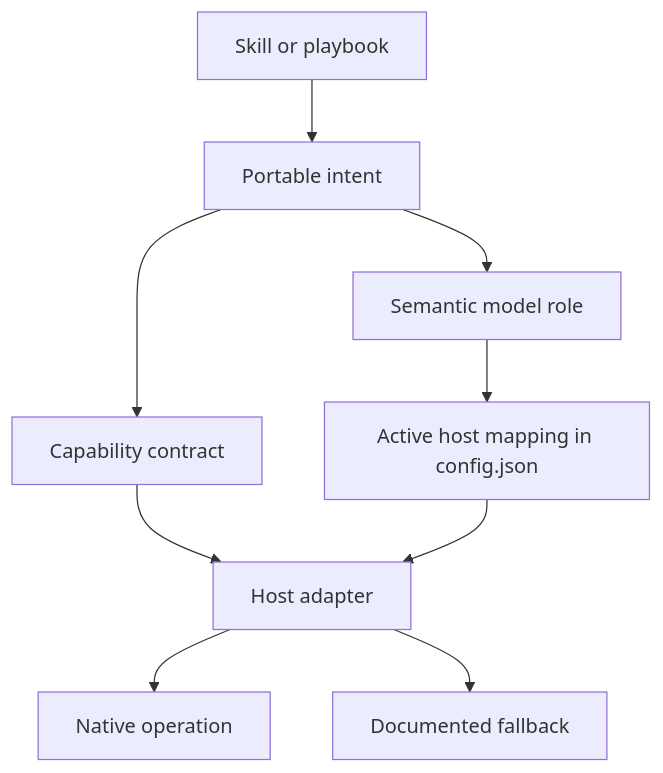
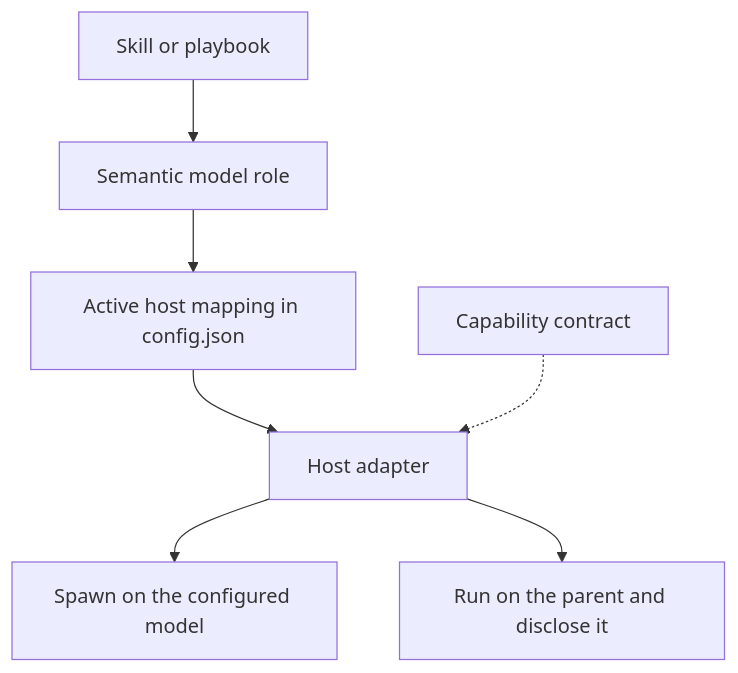
One commit to dimitriskourg/dstack changed the first of 2 diagrams in docs/guide/02-how-dstack-works.md. Above: the diagram before and after it, drawn with Mermaid. The commit also changed other lines of this file and 4 other files, not shown here.

````diff
--- a/docs/guide/02-how-dstack-works.md
+++ b/docs/guide/02-how-dstack-works.md
@@ -7,11 +7,9 @@
 ```mermaid
 flowchart TD
-    S["Skill or playbook"] --> I["Portable intent"]
-    I --> C["Capability contract"]
-    I --> R["Semantic model role"]
+    S["Skill or playbook"] --> R["Semantic model role"]
     R --> F["Active host mapping in config.json"]
-    C --> A["Host adapter"]
-    F --> A
-    A --> N["Native operation"]
-    A --> B["Documented fallback"]
+    F --> A["Host adapter"]
+    A --> N["Spawn on the configured model"]
+    A --> B["Run on the parent and disclose it"]
+    C["Capability contract"] -.-> A
 ```
````
